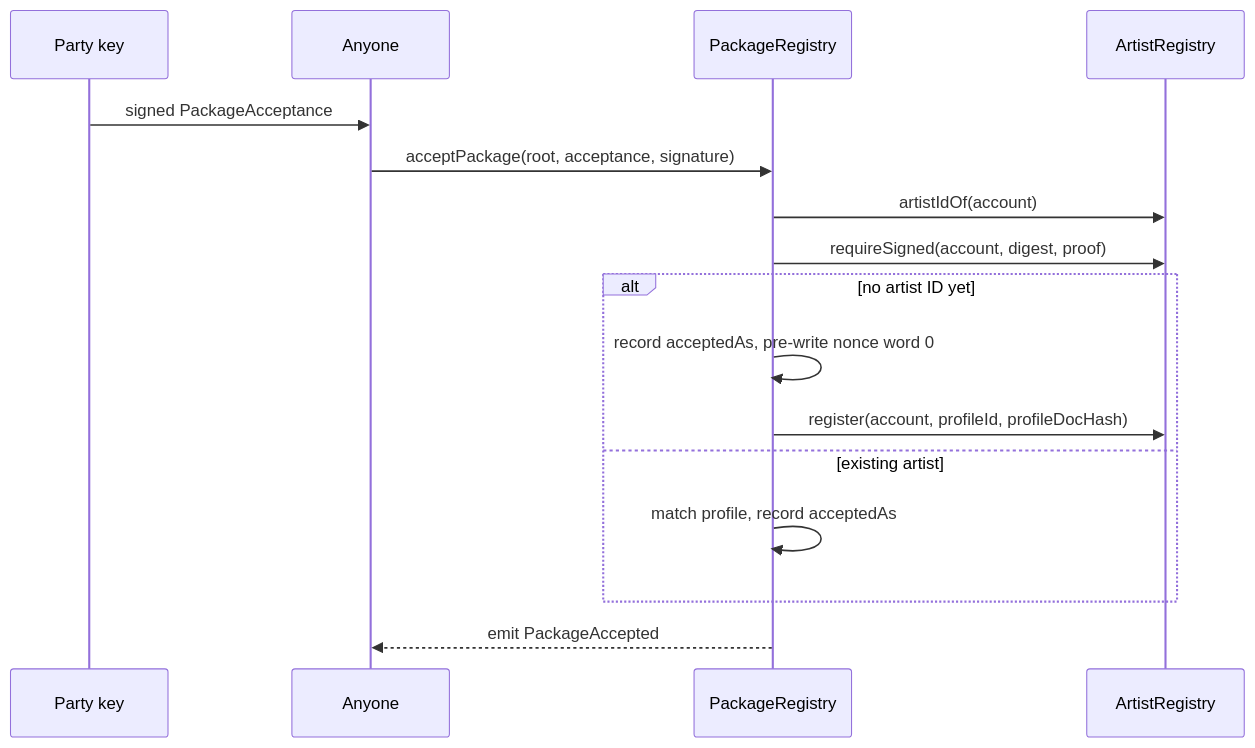
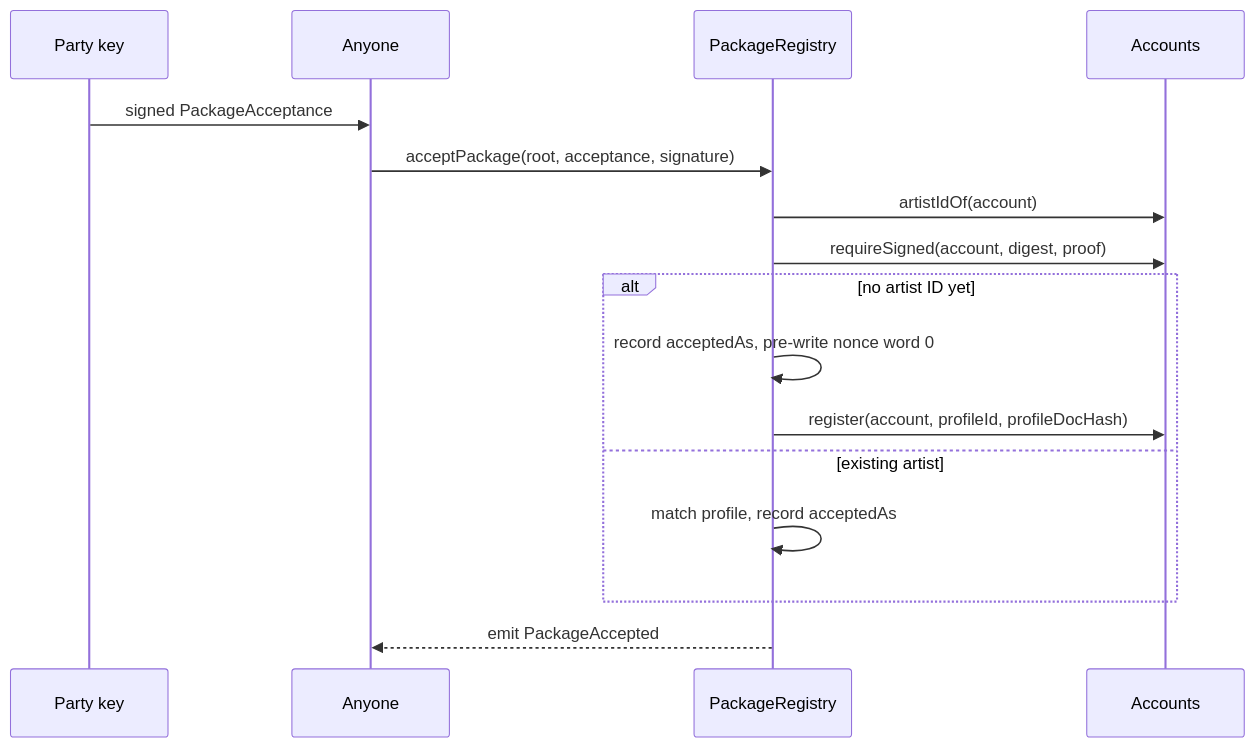
The fifth of 8 diagrams in docs/spec/curation.md (6529-Collections/6529-works), drawn with Mermaid before and after one commit. The commit also changed other lines of this file and 12 other files, not shown here.

````diff
--- a/docs/spec/curation.md
+++ b/docs/spec/curation.md
@@ -287,18 +283,18 @@
 ```mermaid
 sequenceDiagram
     participant Party as Party key
     participant Relayer as Anyone
     participant Registry as PackageRegistry
-    participant Artists as ArtistRegistry
+    participant Artists as Accounts
     Party->>Relayer: signed PackageAcceptance
     Relayer->>Registry: acceptPackage(root, acceptance, signature)
     Registry->>Artists: artistIdOf(account)
     Registry->>Artists: requireSigned(account, digest, proof)
     alt no artist ID yet
         Registry->>Registry: record acceptedAs, pre-write nonce word 0
         Registry->>Artists: register(account, profileId, profileDocHash)
     else existing artist
         Registry->>Registry: match profile, record acceptedAs
     end
     Registry-->>Relayer: emit PackageAccepted
 ```
````
